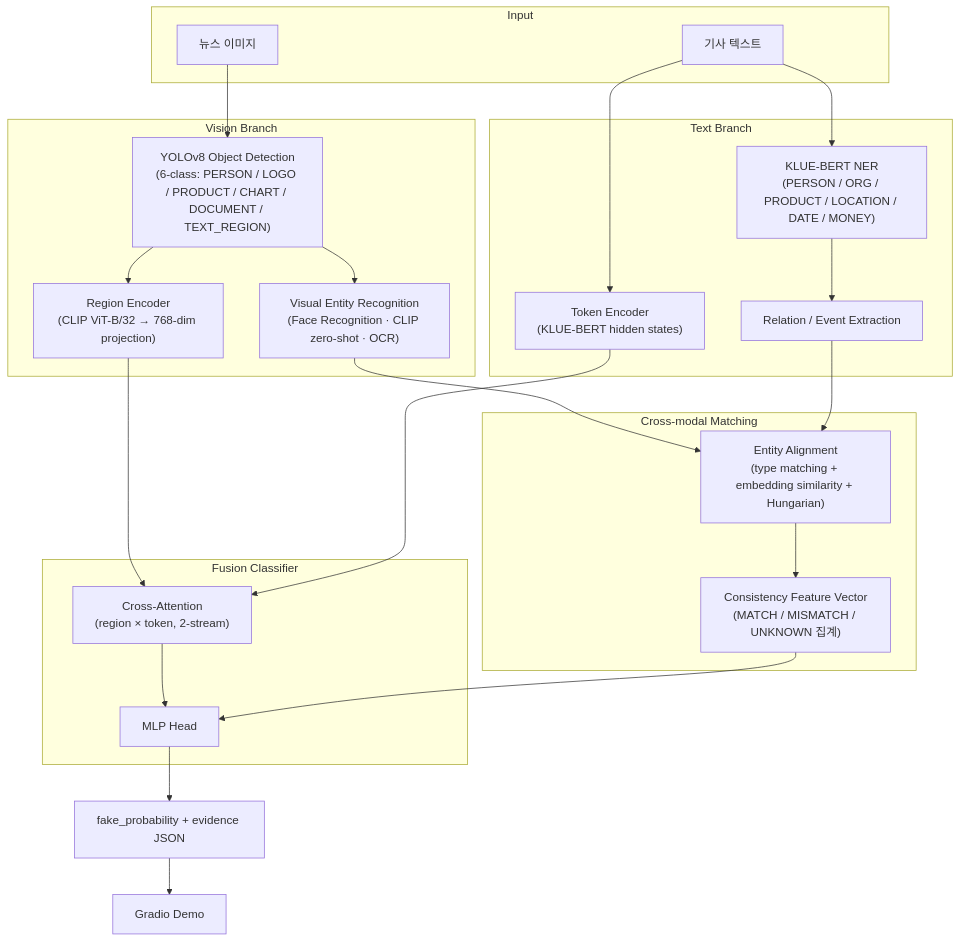
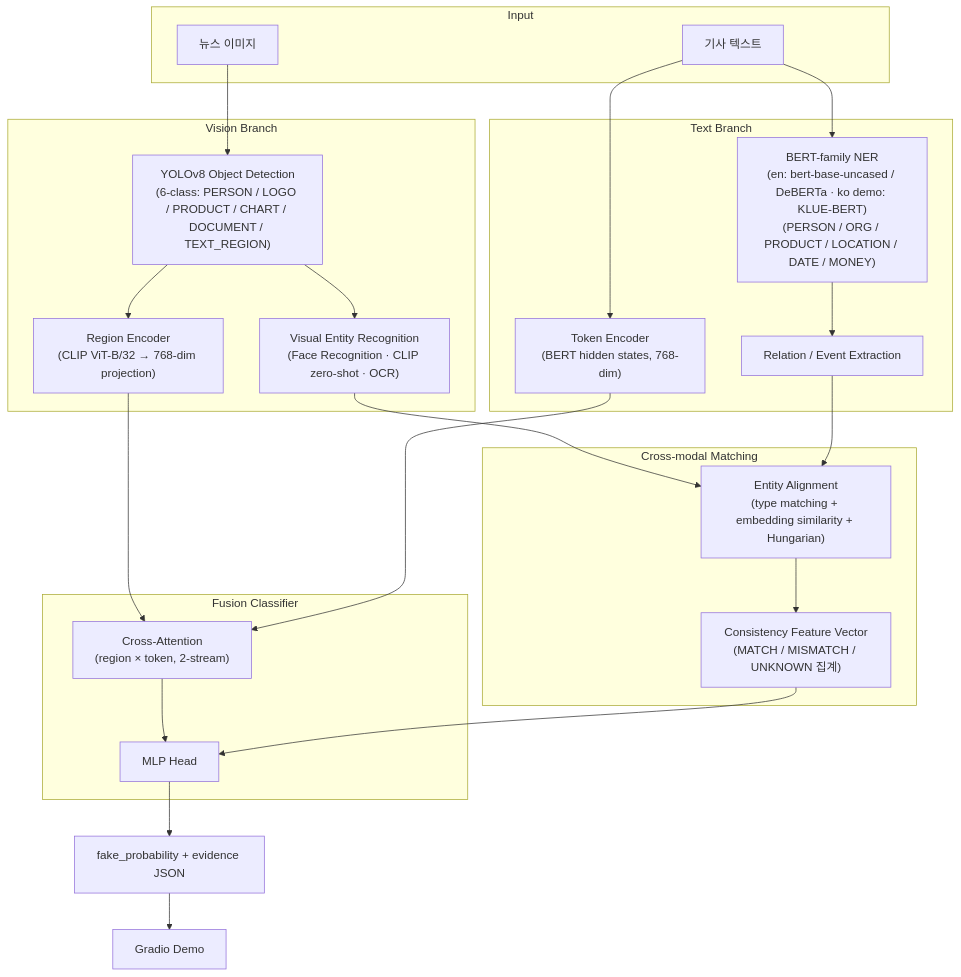
The diagram in docs/bmad/architecture.md (dariajkim-star/Fake_news), drawn with Mermaid before and after one commit. The commit also changed other lines of this file and 42 other files, not shown here.

````diff
--- a/docs/bmad/architecture.md
+++ b/docs/bmad/architecture.md
@@ -36,45 +37,45 @@
 ```mermaid
 flowchart TB
     subgraph Input
         IMG[뉴스 이미지]
         TXT[기사 텍스트]
     end
 
     subgraph VisionBranch["Vision Branch"]
         DET["YOLOv8 Object Detection<br/>(6-class: PERSON / LOGO / PRODUCT / CHART / DOCUMENT / TEXT_REGION)"]
         VER["Visual Entity Recognition<br/>(Face Recognition · CLIP zero-shot · OCR)"]
         RENC["Region Encoder<br/>(CLIP ViT-B/32 → 768-dim projection)"]
     end
 
     subgraph TextBranch["Text Branch"]
-        NER["KLUE-BERT NER<br/>(PERSON / ORG / PRODUCT / LOCATION / DATE / MONEY)"]
+        NER["BERT-family NER<br/>(en: bert-base-uncased / DeBERTa · ko demo: KLUE-BERT)<br/>(PERSON / ORG / PRODUCT / LOCATION / DATE / MONEY)"]
         REL["Relation / Event Extraction"]
-        TENC["Token Encoder<br/>(KLUE-BERT hidden states)"]
+        TENC["Token Encoder<br/>(BERT hidden states, 768-dim)"]
     end
 
     subgraph CrossModal["Cross-modal Matching"]
         ALIGN["Entity Alignment<br/>(type matching + embedding similarity + Hungarian)"]
         CONS["Consistency Feature Vector<br/>(MATCH / MISMATCH / UNKNOWN 집계)"]
     end
 
     subgraph Fusion["Fusion Classifier"]
         XATT["Cross-Attention<br/>(region × token, 2-stream)"]
         MLP["MLP Head"]
     end
 
     OUT["fake_probability + evidence JSON"]
     DEMO["Gradio Demo"]
 
     IMG --> DET --> VER
     DET --> RENC
     TXT --> NER --> REL
     TXT --> TENC
     VER --> ALIGN
     REL --> ALIGN
     ALIGN --> CONS
     RENC --> XATT
     TENC --> XATT
     XATT --> MLP
     CONS --> MLP
     MLP --> OUT --> DEMO
 ```
````
